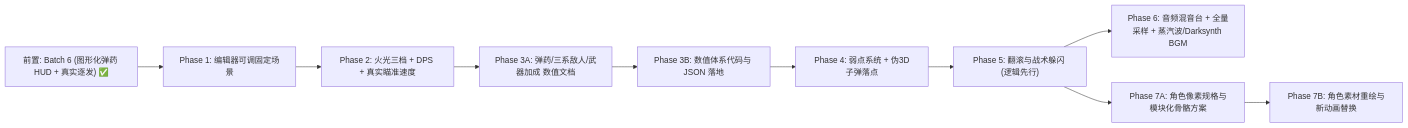
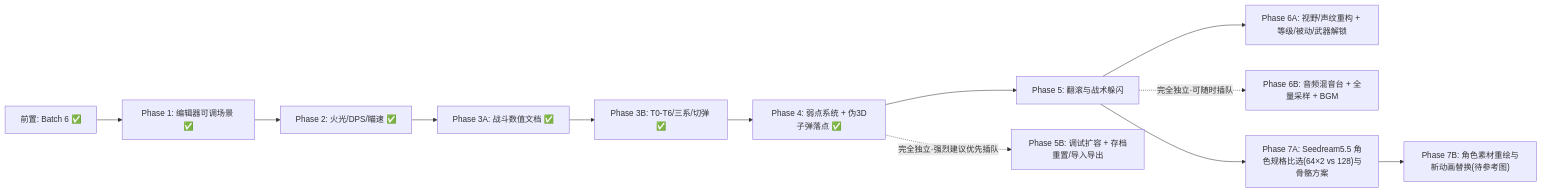
The diagram in docs/roadmap_v2.md (FiumeCAt/-Operation-Thistle), drawn with Mermaid before and after one commit. The commit also changed other lines of this file and 19 other files, not shown here.

````diff
--- a/docs/roadmap_v2.md
+++ b/docs/roadmap_v2.md
@@ -11,12 +11,14 @@
 ```mermaid
 flowchart LR
-    B6["前置: Batch 6 (图形化弹药 HUD + 真实逐发) ✅"] --> P1["Phase 1: 编辑器可调固定场景"]
-    P1 --> P2["Phase 2: 火光三档 + DPS + 真实瞄准速度"]
-    P2 --> P3A["Phase 3A: 弹药/三系敌人/武器加成 数值文档"]
-    P3A --> P3B["Phase 3B: 数值体系代码与 JSON 落地"]
-    P3B --> P4["Phase 4: 弱点系统 + 伪3D子弹落点"]
-    P4 --> P5["Phase 5: 翻滚与战术躲闪 (逻辑先行)"]
-    P5 --> P6["Phase 6: 音频混音台 + 全量采样 + 蒸汽波/Darksynth BGM"]
-    P5 --> P7A["Phase 7A: 角色像素规格与模块化骨骼方案"]
-    P7A --> P7B["Phase 7B: 角色素材重绘与新动画替换"]
+    B6["前置: Batch 6 ✅"] --> P1["Phase 1: 编辑器可调场景 ✅"]
+    P1 --> P2["Phase 2: 火光/DPS/瞄速 ✅"]
+    P2 --> P3A["Phase 3A: 战斗数值文档 ✅"]
+    P3A --> P3B["Phase 3B: T0-T6/三系/切弹 ✅"]
+    P3B --> P4["Phase 4: 弱点系统 + 伪3D子弹落点 ✅"]
+    P4 --> P5["Phase 5: 翻滚与战术躲闪"]
+    P5 --> P6A["Phase 6A: 视野/声纹重构 + 等级/被动/武器解锁"]
+    P4 -.->|"完全独立·强烈建议优先插队"| P5B["Phase 5B: 调试扩容 + 存档重置/导入导出"]
+    P5 -.->|"完全独立·可随时插队"| P6B["Phase 6B: 音频混音台 + 全量采样 + BGM"]
+    P5 --> P7A["Phase 7A: Seedream5.5 角色规格比选(64×2 vs 128)与骨骼方案"]
+    P7A --> P7B["Phase 7B: 角色素材重绘与新动画替换(待参考图)"]
 ```
````
